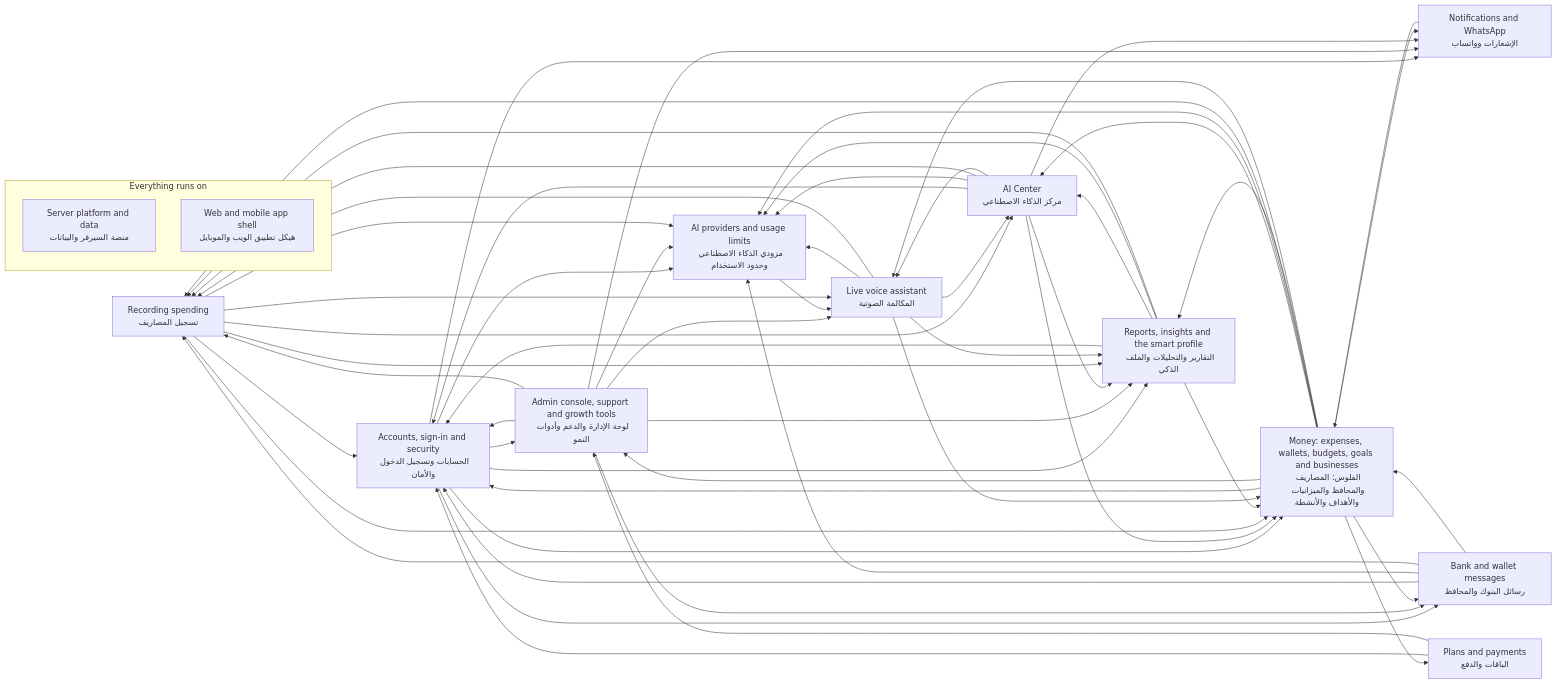
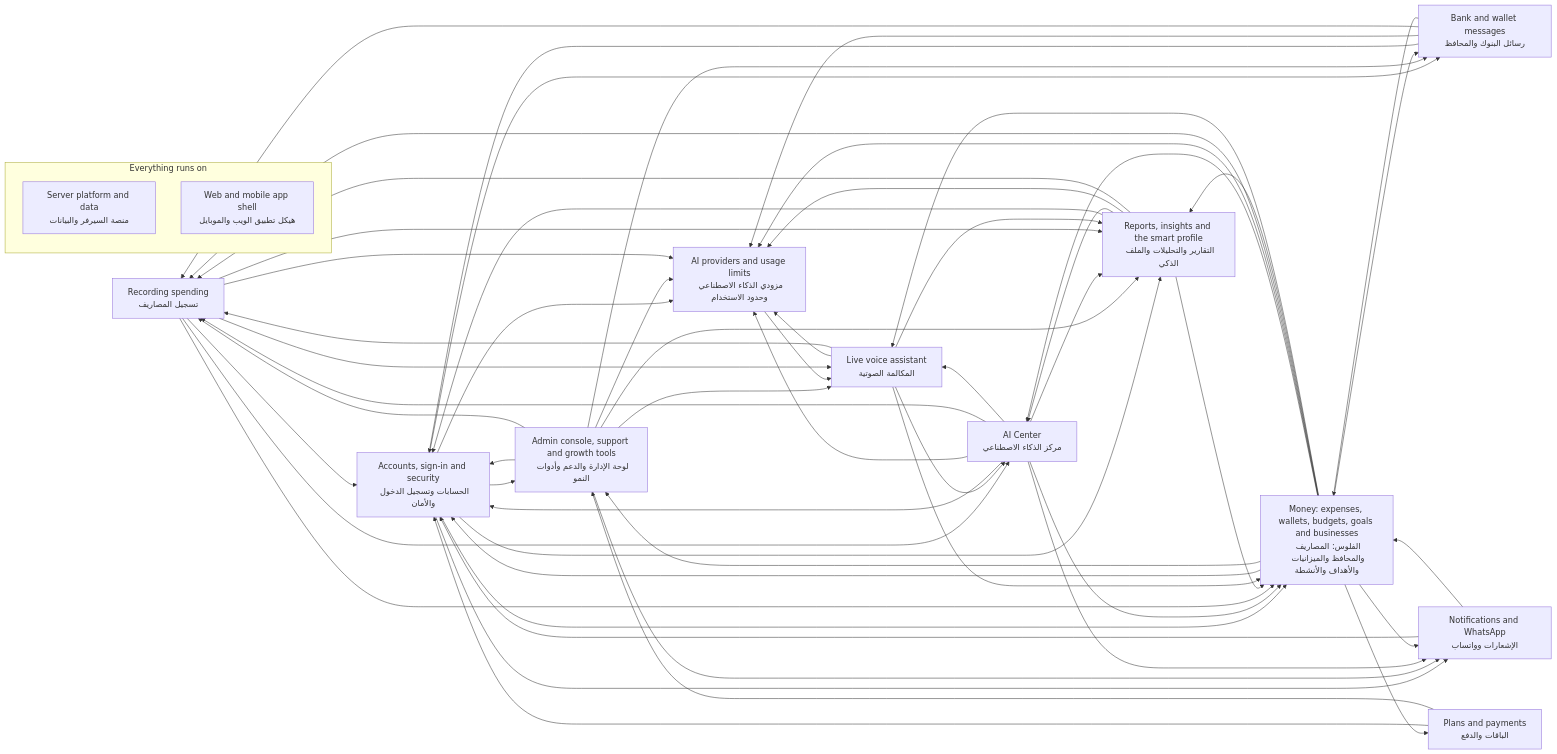
Before and after one commit to mahmoudtaherr111/smartspend_mini_all: the diagram in docs/atlas/systems/README.md, drawn with Mermaid. The commit also changed 227 other files, not shown here.

````diff
--- a/docs/atlas/systems/README.md
+++ b/docs/atlas/systems/README.md
@@ -15,72 +15,73 @@
 ```mermaid
 flowchart LR
   sys_expense_capture["Recording spending<br/>تسجيل المصاريف"]
   sys_bank_messages["Bank and wallet messages<br/>رسائل البنوك والمحافظ"]
   sys_voice_calls["Live voice assistant<br/>المكالمة الصوتية"]
   sys_ai_center["AI Center<br/>مركز الذكاء الاصطناعي"]
   sys_insights["Reports, insights and the smart profile<br/>التقارير والتحليلات والملف الذكي"]
   sys_money["Money: expenses, wallets, budgets, goals and businesses<br/>الفلوس: المصاريف والمحافظ والميزانيات والأهداف والأنشطة"]
   sys_accounts["Accounts, sign-in and security<br/>الحسابات وتسجيل الدخول والأمان"]
   sys_billing["Plans and payments<br/>الباقات والدفع"]
   sys_notifications["Notifications and WhatsApp<br/>الإشعارات وواتساب"]
   sys_admin["Admin console, support and growth tools<br/>لوحة الإدارة والدعم وأدوات النمو"]
   sys_ai_platform["AI providers and usage limits<br/>مزودي الذكاء الاصطناعي وحدود الاستخدام"]
   subgraph g_foundation["Everything runs on"]
     sys_platform["Server platform and data<br/>منصة السيرفر والبيانات"]
     sys_web_app["Web and mobile app shell<br/>هيكل تطبيق الويب والموبايل"]
   end
   sys_accounts --> sys_admin
   sys_accounts --> sys_ai_platform
   sys_accounts --> sys_bank_messages
   sys_accounts --> sys_insights
   sys_accounts --> sys_money
   sys_accounts --> sys_notifications
   sys_admin --> sys_accounts
   sys_admin --> sys_ai_platform
   sys_admin --> sys_bank_messages
   sys_admin --> sys_expense_capture
   sys_admin --> sys_insights
   sys_admin --> sys_notifications
   sys_admin --> sys_voice_calls
   sys_ai_center --> sys_accounts
   sys_ai_center --> sys_ai_platform
   sys_ai_center --> sys_expense_capture
   sys_ai_center --> sys_insights
   sys_ai_center --> sys_money
   sys_ai_center --> sys_notifications
   sys_ai_center --> sys_voice_calls
   sys_ai_platform --> sys_voice_calls
   sys_bank_messages --> sys_accounts
   sys_bank_messages --> sys_ai_platform
   sys_bank_messages --> sys_expense_capture
   sys_bank_messages --> sys_money
   sys_billing --> sys_accounts
   sys_billing --> sys_admin
   sys_expense_capture --> sys_accounts
   sys_expense_capture --> sys_ai_center
   sys_expense_capture --> sys_ai_platform
   sys_expense_capture --> sys_insights
   sys_expense_capture --> sys_money
   sys_expense_capture --> sys_voice_calls
   sys_insights --> sys_accounts
   sys_insights --> sys_ai_center
   sys_insights --> sys_ai_platform
   sys_insights --> sys_expense_capture
   sys_insights --> sys_money
   sys_money --> sys_accounts
   sys_money --> sys_admin
   sys_money --> sys_ai_center
   sys_money --> sys_ai_platform
   sys_money --> sys_bank_messages
   sys_money --> sys_billing
   sys_money --> sys_expense_capture
   sys_money --> sys_insights
   sys_money --> sys_notifications
   sys_money --> sys_voice_calls
+  sys_notifications --> sys_accounts
   sys_notifications --> sys_money
   sys_voice_calls --> sys_ai_center
   sys_voice_calls --> sys_ai_platform
   sys_voice_calls --> sys_expense_capture
   sys_voice_calls --> sys_insights
   sys_voice_calls --> sys_money
 ```
````
